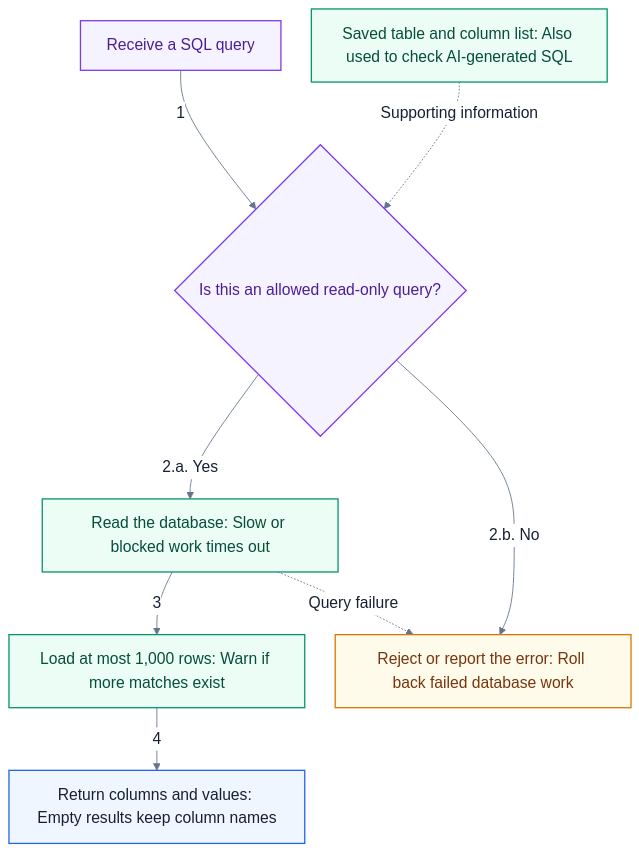
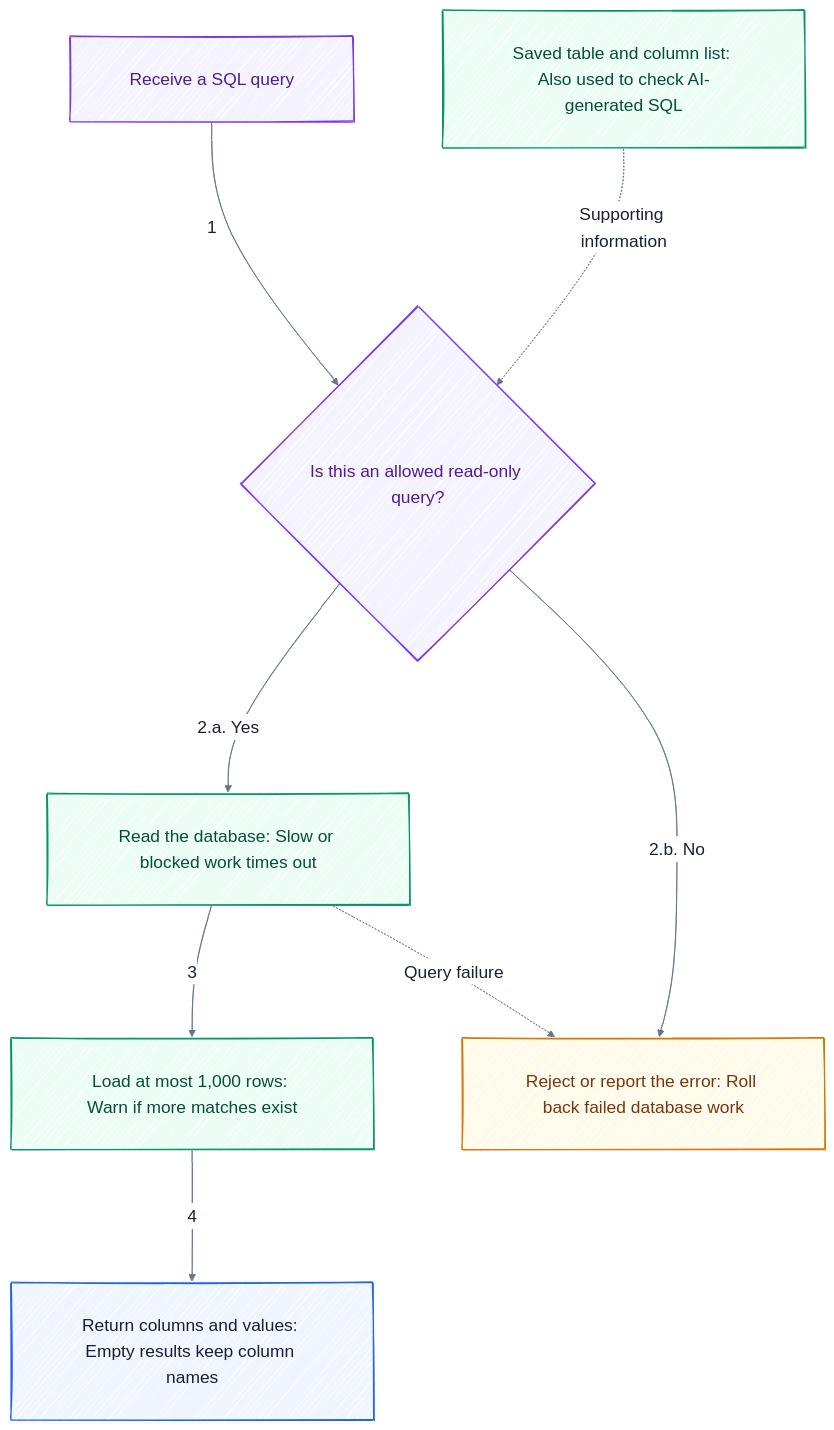
The diagram in mermaid/04-database.mmd (vshete/sql-query-app), drawn with Mermaid before and after one commit. The commit also changed 54 other files, not shown here.

```diff
--- a/mermaid/04-database.mmd
+++ b/mermaid/04-database.mmd
@@ -1,26 +1,26 @@
-%%{init: {"theme":"base","fontFamily":"Arial, sans-serif","themeVariables":{"fontSize":"18px","lineColor":"#64748b","primaryTextColor":"#172033","edgeLabelBackground":"#ffffff","clusterBkg":"#f8fafc","clusterBorder":"#cbd5e1"},"flowchart":{"curve":"basis","nodeSpacing":35,"rankSpacing":45,"wrappingWidth":280}}}%%
+%%{init: {"theme":"base","fontFamily":"Virgil","themeVariables":{"fontSize":"20px","lineColor":"#64748b","primaryTextColor":"#172033","edgeLabelBackground":"#ffffff","clusterBkg":"#f8fafc","clusterBorder":"#cbd5e1","fontFamily":"Virgil"},"flowchart":{"curve":"basis","nodeSpacing":100,"rankSpacing":120,"wrappingWidth":280,"padding":34,"subGraphTitleMargin":{"top":18,"bottom":38}},"look":"handDrawn","handDrawnSeed":42}}%%
 flowchart TB
     accTitle: Database — controlled reads and understandable results
     accDescr: Follow the numbered connectors. Subnumbers identify branches or smaller steps. Optional actions and supporting relationships are labeled separately. SQL must satisfy a single read-only-query policy before database execution. The app runs queries with statement and lock timeouts, returns at most 1000 rows, flags additional matches, and preserves result values and column names. The table list is saved separately and guides AI-generated queries.
     %% Companion guide: docs/database.md
 
     SQL["Receive a SQL query"]:::work
     VALID{"Is this an allowed read-only query?"}:::work
     RUN["Read the database: Slow or blocked work times out"]:::data
     LIMIT["Load at most 1,000 rows: Warn if more matches exist"]:::data
     RESULT["Return columns and values: Empty results keep column names"]:::view
     ERROR["Reject or report the error: Roll back failed database work"]:::note
     SCHEMA["Saved table and column list: Also used to check AI-generated SQL"]:::data
 
     SQL -->|1| VALID
     VALID -->|2.a. Yes| RUN
     RUN -->|3| LIMIT
     LIMIT -->|4| RESULT
     VALID -->|2.b. No| ERROR
     RUN -.->|Query failure| ERROR
     SCHEMA -.->|Supporting information| VALID
 
     classDef view fill:#eff6ff,stroke:#2563eb,color:#172033,stroke-width:1.5px;
     classDef work fill:#f5f3ff,stroke:#7c3aed,color:#4c1d95,stroke-width:1.5px;
     classDef data fill:#ecfdf5,stroke:#059669,color:#064e3b,stroke-width:1.5px;
     classDef note fill:#fffbeb,stroke:#d97706,color:#78350f,stroke-width:1.5px;
```
